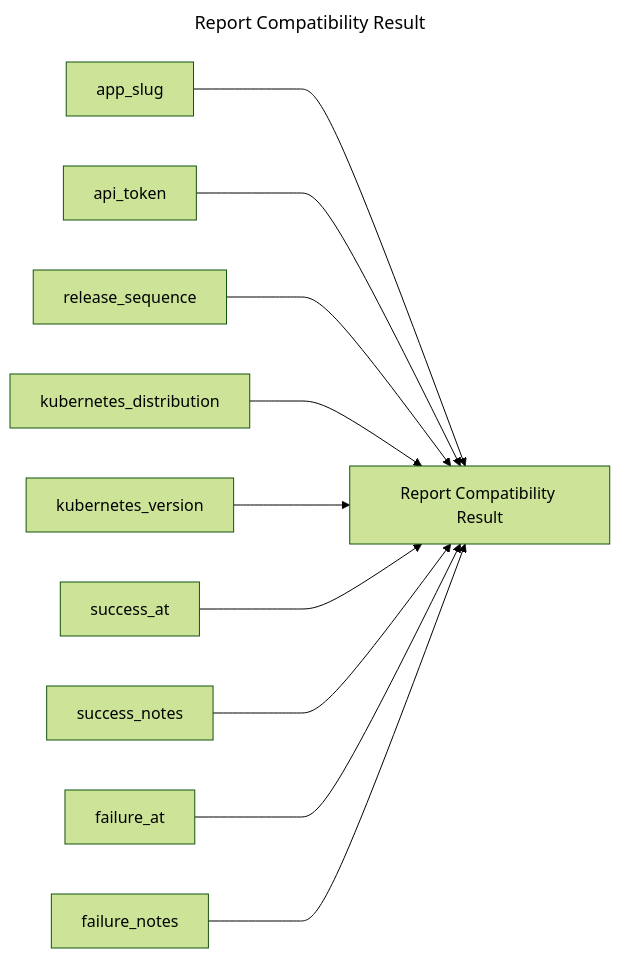
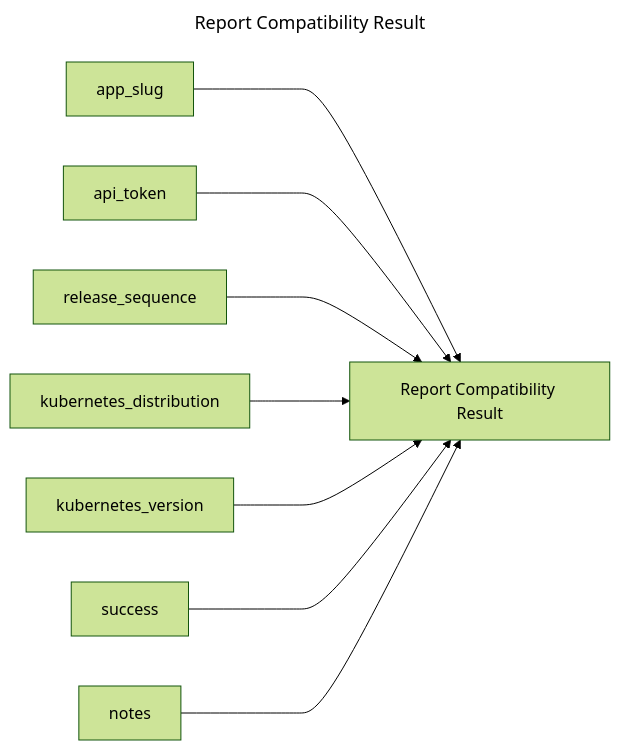
The diagram in report-compatibility-result/README.md (replicatedhq/replicated-actions), drawn with Mermaid (forest theme) before and after one commit. The commit also changed other lines of this file and 1 other file, not shown here.

Commit message:
Automated commit of npm build result and updated readme files

````diff
--- a/report-compatibility-result/README.md
+++ b/report-compatibility-result/README.md
@@ -3,16 +3,14 @@
 ```mermaid
 ---
 title: Report Compatibility Result
 ---
 graph LR
 report_compatibility_result["Report Compatibility Result"]
 app_slug ---> report_compatibility_result
 api_token ---> report_compatibility_result
 release_sequence ---> report_compatibility_result
 kubernetes_distribution ---> report_compatibility_result
 kubernetes_version ---> report_compatibility_result
-success_at ---> report_compatibility_result
-success_notes ---> report_compatibility_result
-failure_at ---> report_compatibility_result
-failure_notes ---> report_compatibility_result
+success ---> report_compatibility_result
+notes ---> report_compatibility_result
 ```
````
